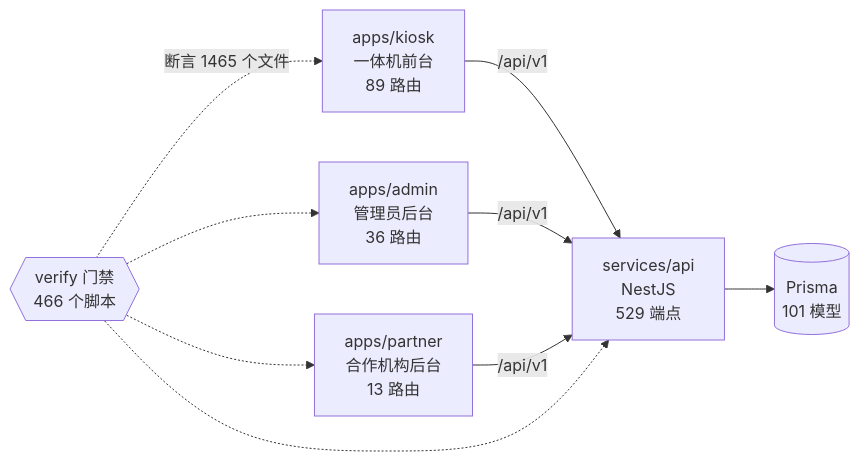
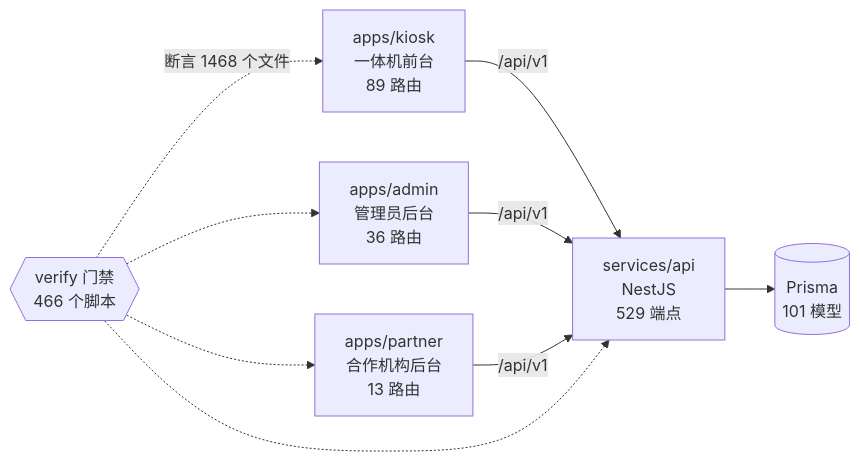
Before and after one commit to wanglei581/YITIJI: the diagram in docs/graph/README.md, drawn with Mermaid. The commit also changed other lines of this file and 4 other files, not shown here.

````diff
--- a/docs/graph/README.md
+++ b/docs/graph/README.md
@@ -68,18 +68,18 @@
 ```mermaid
 flowchart LR
   kiosk["apps/kiosk<br/>一体机前台<br/>89 路由"]
   admin["apps/admin<br/>管理员后台<br/>36 路由"]
   partner["apps/partner<br/>合作机构后台<br/>13 路由"]
   api["services/api<br/>NestJS<br/>529 端点"]
   db[("Prisma<br/>101 模型")]
   gates{{"verify 门禁<br/>466 个脚本"}}
 
   kiosk -->|"/api/v1"| api
   admin -->|"/api/v1"| api
   partner -->|"/api/v1"| api
   api --> db
-  gates -.->|"断言 1465 个文件"| kiosk
+  gates -.->|"断言 1468 个文件"| kiosk
   gates -.-> admin
   gates -.-> partner
   gates -.-> api
 ```
````
